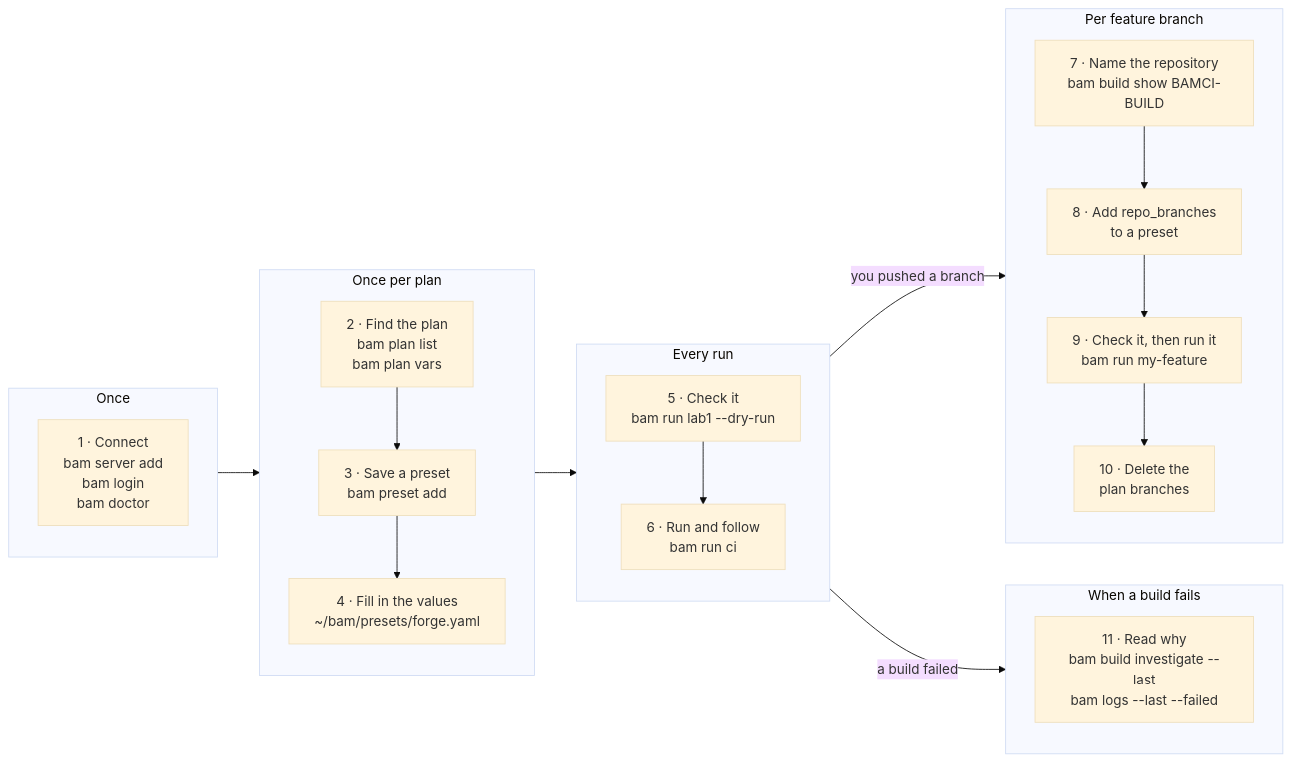
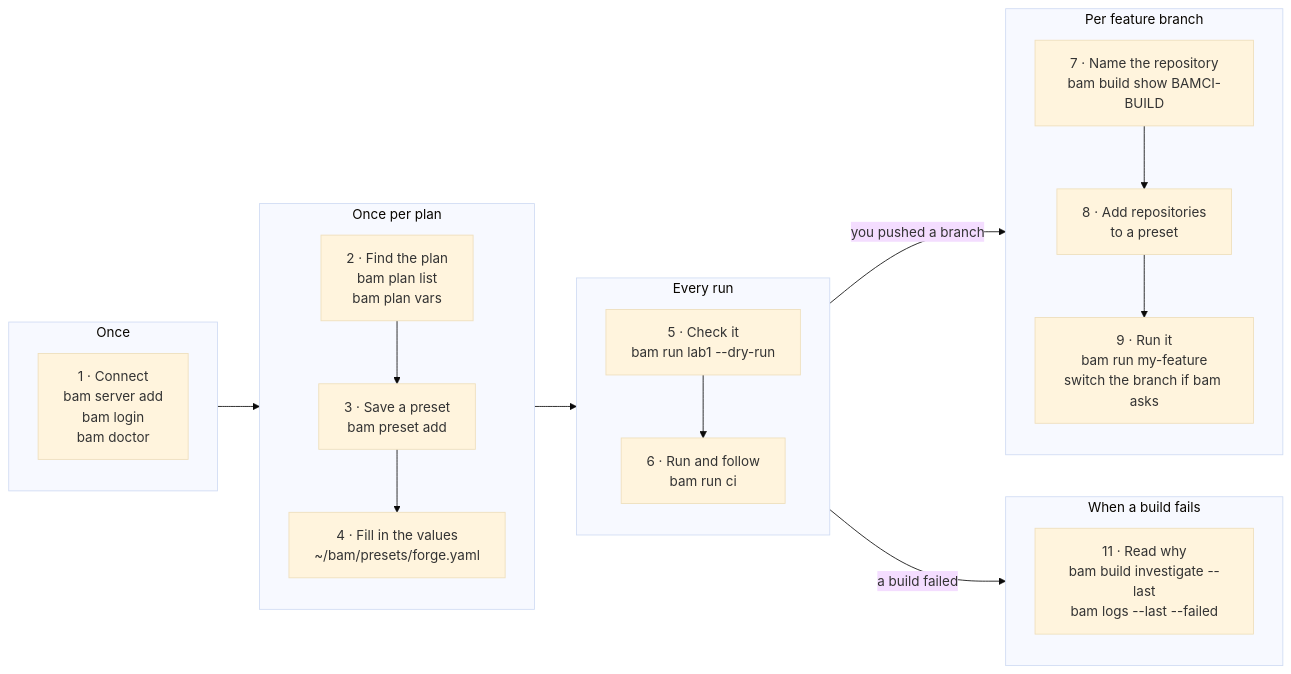
The diagram in README.md (rojcarranza/bam), drawn with Mermaid (base theme) before and after one commit. The commit also changed other lines of this file and 72 other files, not shown here.

Commit message:
feat(presets)!: check and switch a plan branch's repositories instead of creating plan branches

````diff
--- a/README.md
+++ b/README.md
@@ -75,21 +75,21 @@
 ```mermaid
 flowchart LR
     subgraph once ["Once"]
         s1["1 · Connect<br/>bam server add<br/>bam login<br/>bam doctor"]
     end
     subgraph perplan ["Once per plan"]
         s2["2 · Find the plan<br/>bam plan list<br/>bam plan vars"] --> s3["3 · Save a preset<br/>bam preset add"] --> s4["4 · Fill in the values<br/>~/bam/presets/forge.yaml"]
     end
     subgraph everyrun ["Every run"]
         s5["5 · Check it<br/>bam run lab1 --dry-run"] --> s6["6 · Run and follow<br/>bam run ci"]
     end
     subgraph feature ["Per feature branch"]
-        s7["7 · Name the repository<br/>bam build show BAMCI-BUILD"] --> s8["8 · Add repo_branches<br/>to a preset"] --> s9["9 · Check it, then run it<br/>bam run my-feature"] --> s10["10 · Delete the<br/>plan branches"]
+        s7["7 · Name the repository<br/>bam build show BAMCI-BUILD"] --> s8["8 · Add repositories<br/>to a preset"] --> s9["9 · Run it<br/>bam run my-feature<br/>switch the branch if bam asks"]
     end
     subgraph fails ["When a build fails"]
         s11["11 · Read why<br/>bam build investigate --last<br/>bam logs --last --failed"]
     end
     once --> perplan --> everyrun
     everyrun -->|"you pushed a branch"| feature
     everyrun -->|"a build failed"| fails
 ```
````
